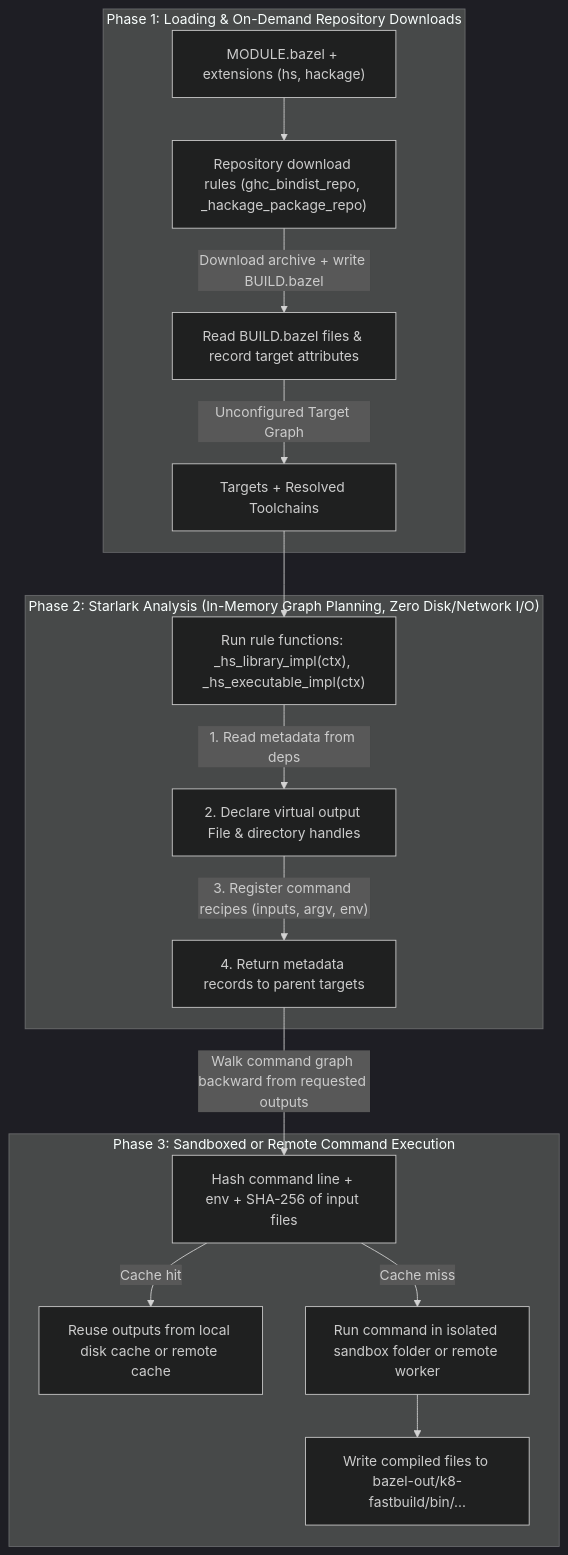
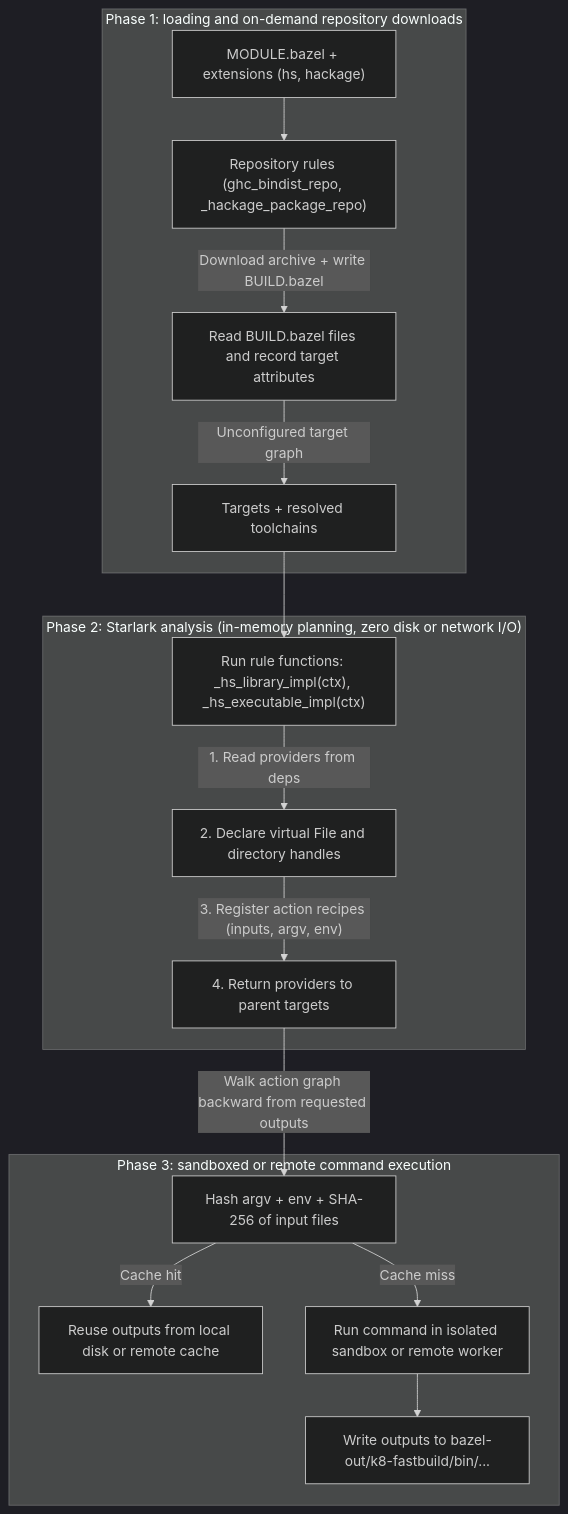
The first of 4 diagrams in docs/content/internals/bazel-rules-primer.md (kaycebasques/hs), drawn with Mermaid (dark theme) before and after one commit. The commit also changed other lines of this file and 33 other files, not shown here.

````diff
--- a/docs/content/internals/bazel-rules-primer.md
+++ b/docs/content/internals/bazel-rules-primer.md
@@ -108,21 +104,21 @@
 ```mermaid
 flowchart TD
-    subgraph P1["Phase 1: Loading & On-Demand Repository Downloads"]
-        M["MODULE.bazel + extensions (hs, hackage)"] --> R["Repository download rules (ghc_bindist_repo, _hackage_package_repo)"]
-        R -->|"Download archive + write BUILD.bazel"| B["Read BUILD.bazel files & record target attributes"]
-        B -->|"Unconfigured Target Graph"| P2_IN["Targets + Resolved Toolchains"]
+    subgraph P1["Phase 1: loading and on-demand repository downloads"]
+        M["MODULE.bazel + extensions (hs, hackage)"] --> R["Repository rules (ghc_bindist_repo, _hackage_package_repo)"]
+        R -->|"Download archive + write BUILD.bazel"| B["Read BUILD.bazel files and record target attributes"]
+        B -->|"Unconfigured target graph"| P2_IN["Targets + resolved toolchains"]
     end
 
-    subgraph P2["Phase 2: Starlark Analysis (In-Memory Graph Planning, Zero Disk/Network I/O)"]
+    subgraph P2["Phase 2: Starlark analysis (in-memory planning, zero disk or network I/O)"]
         P2_IN --> IMPL["Run rule functions: _hs_library_impl(ctx), _hs_executable_impl(ctx)"]
-        IMPL -->|"1. Read metadata from deps"| DECL["2. Declare virtual output File & directory handles"]
-        DECL -->|"3. Register command recipes (inputs, argv, env)"| PROV["4. Return metadata records to parent targets"]
+        IMPL -->|"1. Read providers from deps"| DECL["2. Declare virtual File and directory handles"]
+        DECL -->|"3. Register action recipes (inputs, argv, env)"| PROV["4. Return providers to parent targets"]
     end
 
-    subgraph P3["Phase 3: Sandboxed or Remote Command Execution"]
-        PROV -->|"Walk command graph backward from requested outputs"| HASH["Hash command line + env + SHA-256 of input files"]
-        HASH -->|"Cache hit"| HIT["Reuse outputs from local disk cache or remote cache"]
-        HASH -->|"Cache miss"| EXEC["Run command in isolated sandbox folder or remote worker"]
-        EXEC --> OUT["Write compiled files to bazel-out/k8-fastbuild/bin/..."]
+    subgraph P3["Phase 3: sandboxed or remote command execution"]
+        PROV -->|"Walk action graph backward from requested outputs"| HASH["Hash argv + env + SHA-256 of input files"]
+        HASH -->|"Cache hit"| HIT["Reuse outputs from local disk or remote cache"]
+        HASH -->|"Cache miss"| EXEC["Run command in isolated sandbox or remote worker"]
+        EXEC --> OUT["Write outputs to bazel-out/k8-fastbuild/bin/..."]
     end
 ```
````
